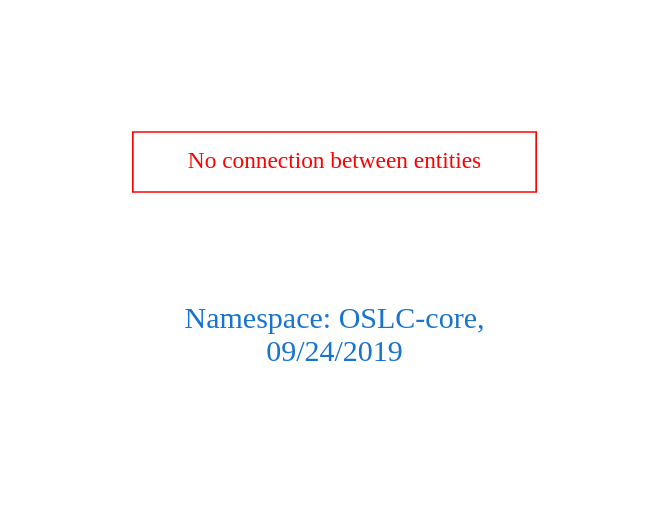
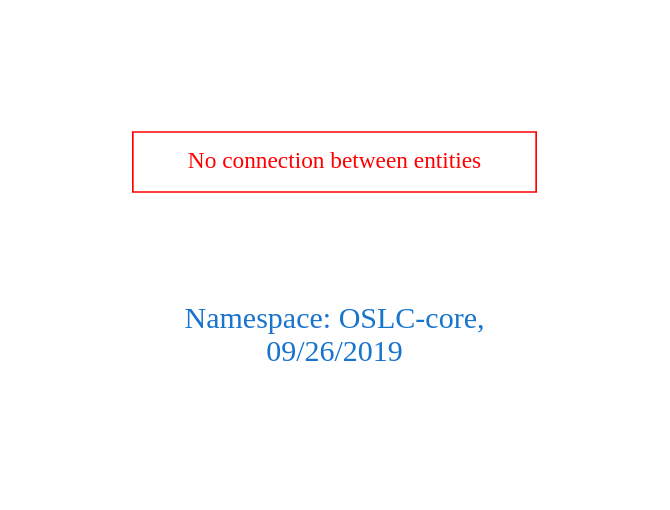
Before and after one commit to arago/OGIT: the diagram in downloads/OSLC-core.dot, drawn with Graphviz. The commit also changed 148 other files, not shown here.

```diff
--- a/downloads/OSLC-core.dot
+++ b/downloads/OSLC-core.dot
@@ -1,9 +1,9 @@
 digraph OGIT_ontology {
  graph [ rankdir= LR,pad=1 
 fontsize = 18,
-fontcolor= dodgerblue3,label = "\n\n\nNamespace: OSLC-core, \n 09/24/2019"];
+fontcolor= dodgerblue3,label = "\n\n\nNamespace: OSLC-core, \n 09/26/2019"];
 node[shape=polygon];
 edge [  color="gray81"];
 
 "No connection between entities" [fontcolor = "red",color="red", shape="polygon"]
 }
```
